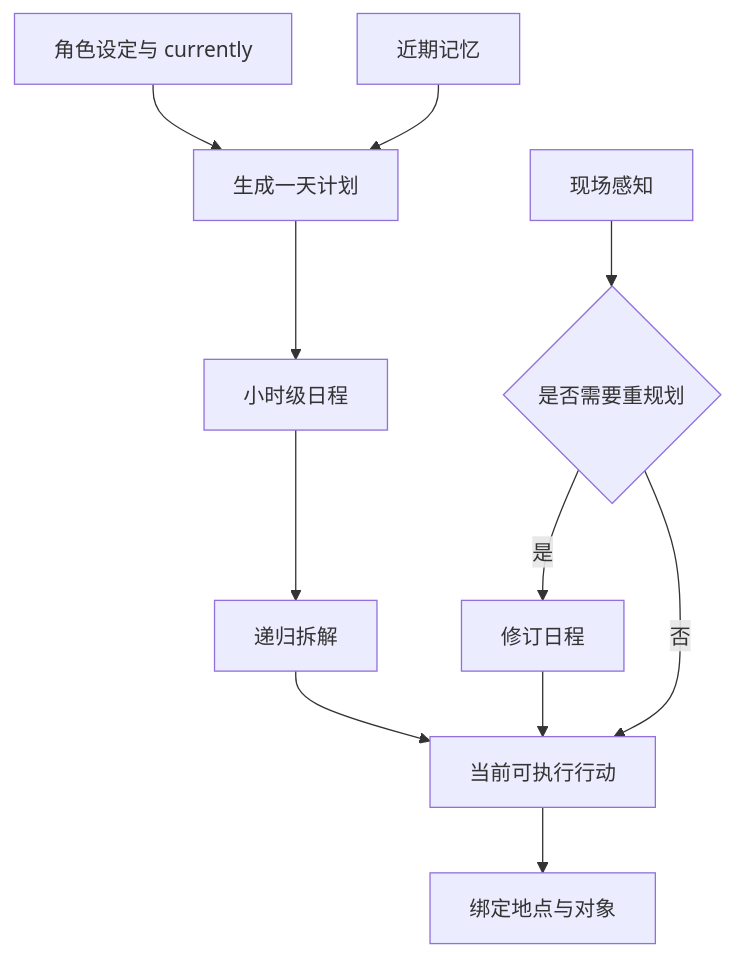
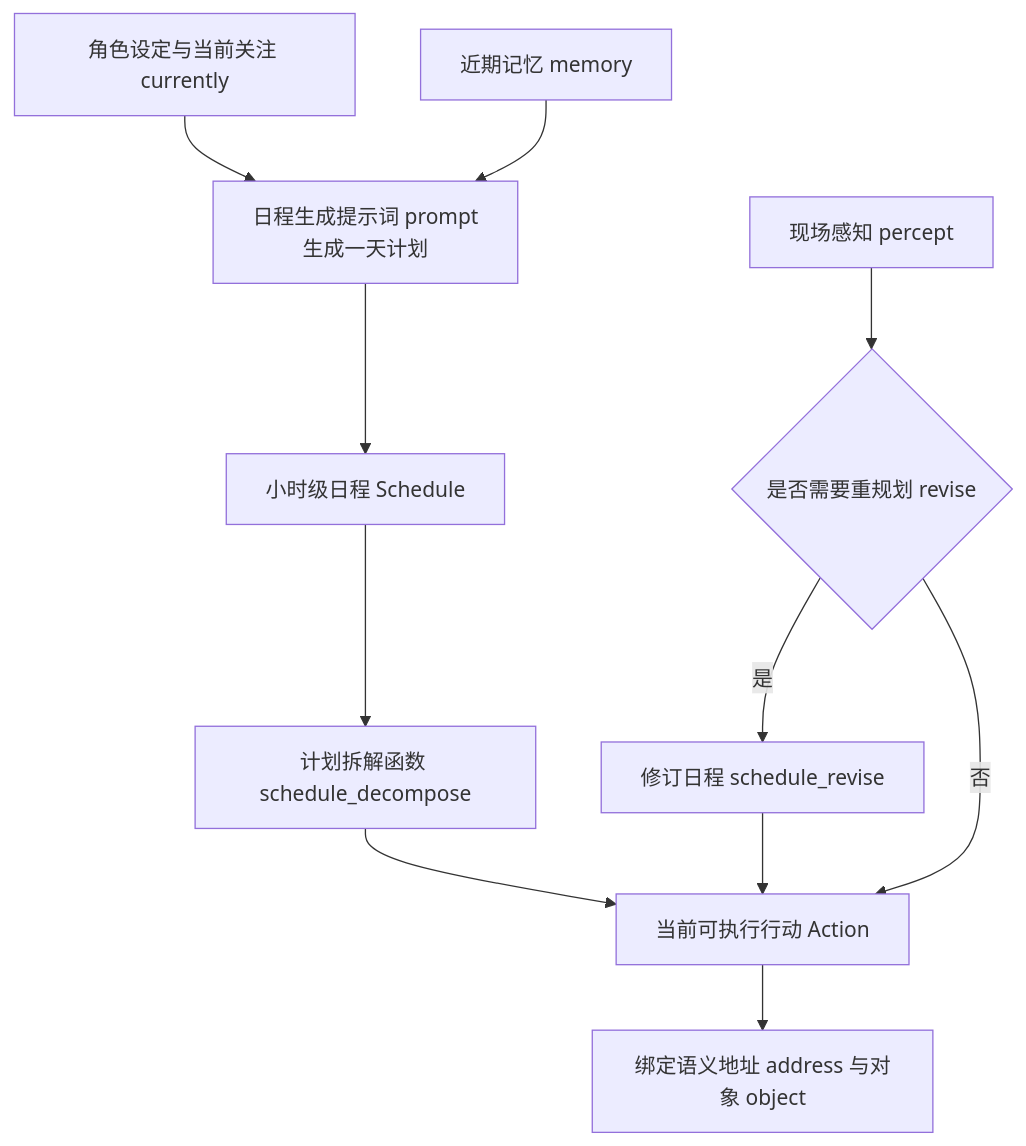
The diagram in docs/book/manuscript/part_03/chapter_19.md (tbkken/GenerativeAgentsCN), drawn with Mermaid before and after one commit. The commit also changed other lines of this file and 33 other files, not shown here.

````diff
--- a/docs/book/manuscript/part_03/chapter_19.md
+++ b/docs/book/manuscript/part_03/chapter_19.md
@@ -25,13 +25,13 @@
 ```mermaid
 flowchart TD
-    Base["角色设定与 currently"] --> Daily["生成一天计划"]
-    Memory["近期记忆"] --> Daily
-    Daily --> Hourly["小时级日程"]
-    Hourly --> Decompose["递归拆解"]
-    Decompose --> Action["当前可执行行动"]
-    Action --> Address["绑定地点与对象"]
-    Percept["现场感知"] --> Revise{"是否需要重规划"}
-    Revise -- 是 --> Revised["修订日程"]
+    Base["角色设定与当前关注 currently"] --> Daily["日程生成提示词 prompt<br/>生成一天计划"]
+    Memory["近期记忆 memory"] --> Daily
+    Daily --> Hourly["小时级日程 Schedule"]
+    Hourly --> Decompose["计划拆解函数 schedule_decompose"]
+    Decompose --> Action["当前可执行行动 Action"]
+    Action --> Address["绑定语义地址 address 与对象 object"]
+    Percept["现场感知 percept"] --> Revise{"是否需要重规划 revise"}
+    Revise -- 是 --> Revised["修订日程 schedule_revise"]
     Revised --> Action
     Revise -- 否 --> Action
 ```
````
